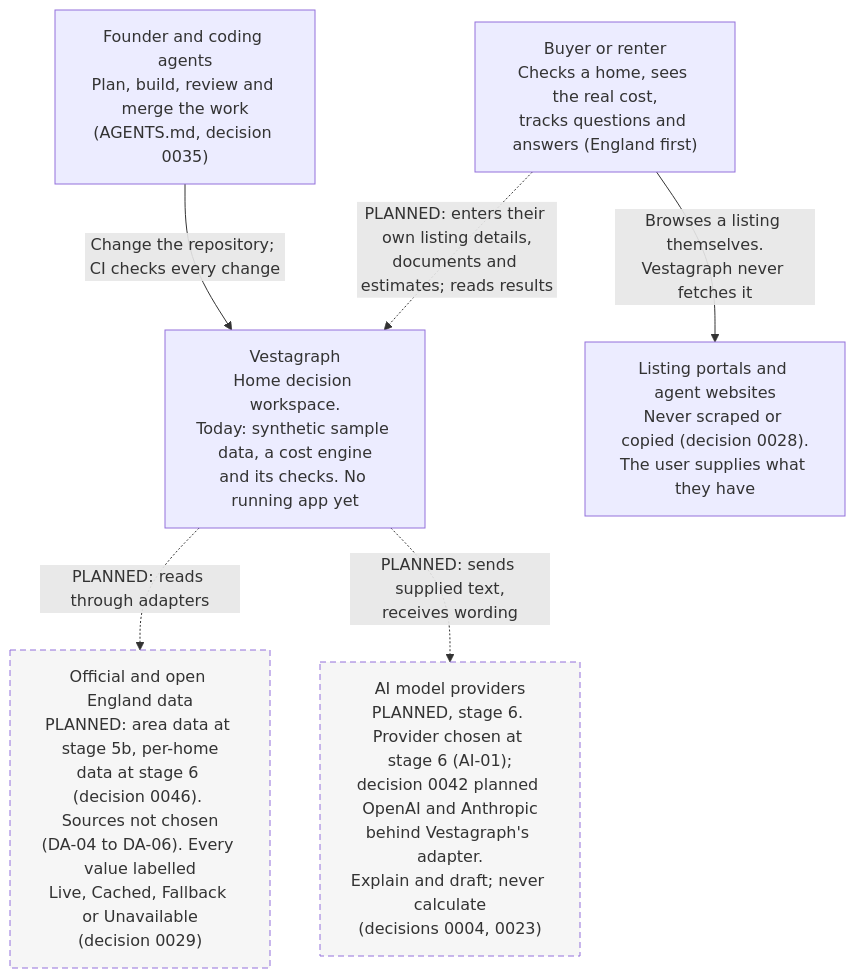
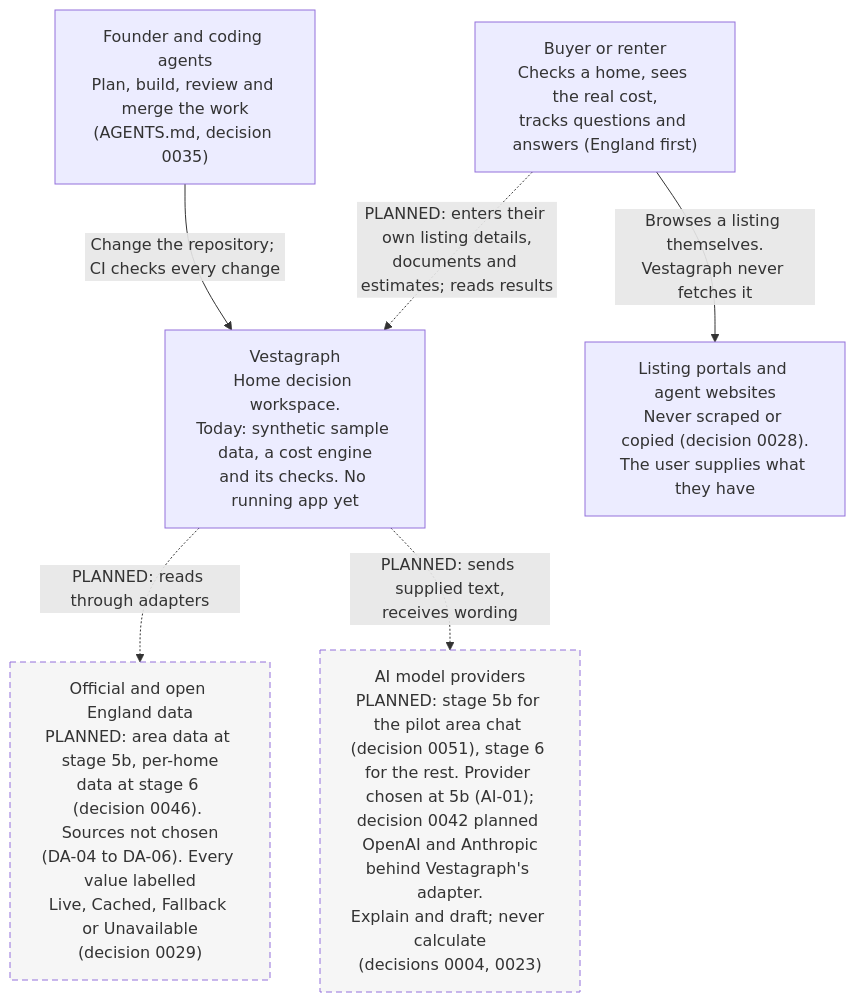
Before and after one commit to olaheavy-dev/homescout-platform: the first of 2 diagrams in docs/architecture/README.md, drawn with Mermaid. The commit also changed other lines of this file and 16 other files, not shown here.

First line of the commit message:
docs: pilot with AI on the page and in ChatGPT and Claude (0051), pilot-only gate (0052) (#220)

````diff
--- a/docs/architecture/README.md
+++ b/docs/architecture/README.md
@@ -15,20 +15,20 @@
 ```mermaid
 flowchart TB
     user["Buyer or renter<br/>Checks a home, sees the real cost,<br/>tracks questions and answers (England first)"]
     builders["Founder and coding agents<br/>Plan, build, review and merge the work<br/>(AGENTS.md, decision 0035)"]
 
     vestagraph["Vestagraph<br/>Home decision workspace.<br/>Today: synthetic sample data, a cost engine<br/>and its checks. No running app yet"]
 
     data["Official and open England data<br/>PLANNED: area data at stage 5b, per-home<br/>data at stage 6 (decision 0046). Sources not chosen<br/>(DA-04 to DA-06). Every value labelled<br/>Live, Cached, Fallback or Unavailable<br/>(decision 0029)"]
-    models["AI model providers<br/>PLANNED, stage 6. Provider chosen at stage 6 (AI-01);<br/>decision 0042 planned OpenAI and Anthropic<br/>behind Vestagraph's adapter.<br/>Explain and draft; never calculate<br/>(decisions 0004, 0023)"]
+    models["AI model providers<br/>PLANNED: stage 5b for the pilot area chat (decision 0051), stage 6 for the rest. Provider chosen at 5b (AI-01);<br/>decision 0042 planned OpenAI and Anthropic<br/>behind Vestagraph's adapter.<br/>Explain and draft; never calculate<br/>(decisions 0004, 0023)"]
     portals["Listing portals and agent websites<br/>Never scraped or copied (decision 0028).<br/>The user supplies what they have"]
 
     user -.->|"PLANNED: enters their own listing details,<br/>documents and estimates; reads results"| vestagraph
     builders -->|"Change the repository; CI checks every change"| vestagraph
     vestagraph -.->|"PLANNED: reads through adapters"| data
     vestagraph -.->|"PLANNED: sends supplied text,<br/>receives wording"| models
     user -->|"Browses a listing themselves.<br/>Vestagraph never fetches it"| portals
 
     classDef planned stroke-dasharray: 6 4,fill:#f6f6f6,color:#333
     class data,models planned
 ```
````
